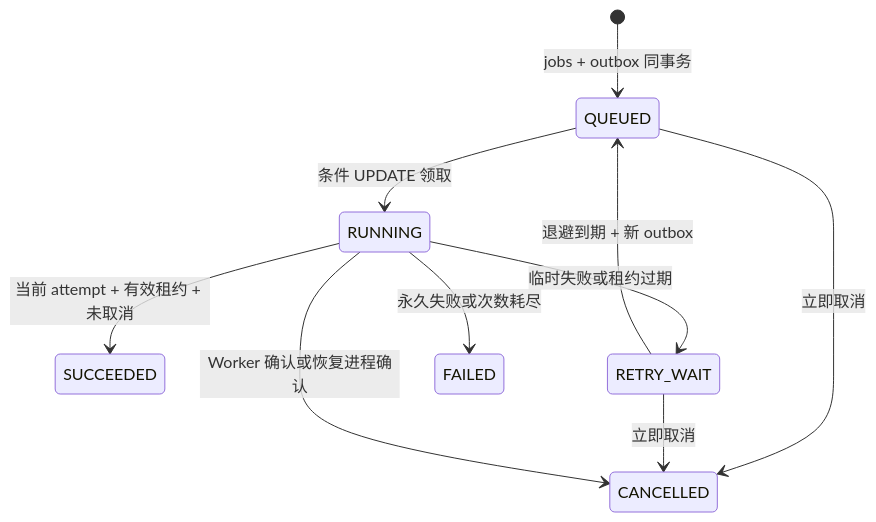
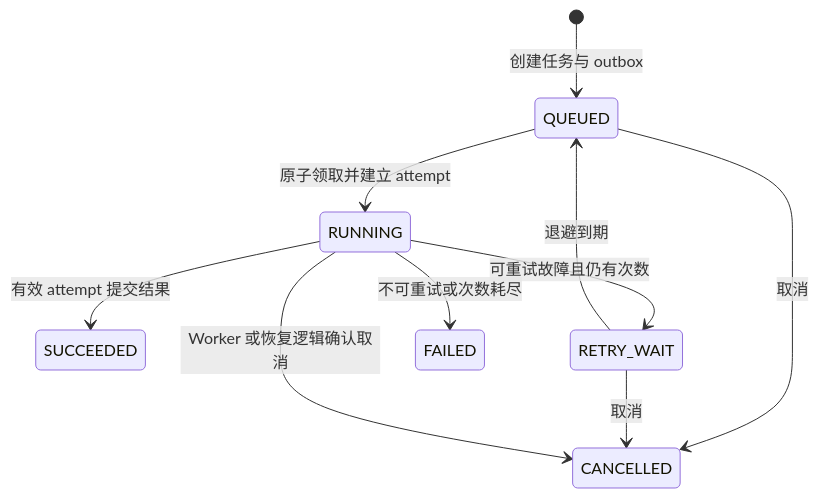
Before and after one commit to duskto/dataflow-jobs: the diagram in docs/architecture.md, drawn with Mermaid. The commit also changed other lines of this file and 2 other files, not shown here.

Commit message:
docs: clarify architecture operations and verification procedures

````diff
--- a/docs/architecture.md
+++ b/docs/architecture.md
@@ -5,12 +46,12 @@
 ```mermaid
 stateDiagram-v2
-    [*] --> QUEUED: jobs + outbox 同事务
-    QUEUED --> RUNNING: 条件 UPDATE 领取
-    RUNNING --> SUCCEEDED: 当前 attempt + 有效租约 + 未取消
-    RUNNING --> RETRY_WAIT: 临时失败或租约过期
-    RETRY_WAIT --> QUEUED: 退避到期 + 新 outbox
-    RUNNING --> FAILED: 永久失败或次数耗尽
-    QUEUED --> CANCELLED: 立即取消
-    RETRY_WAIT --> CANCELLED: 立即取消
-    RUNNING --> CANCELLED: Worker 确认或恢复进程确认
+    [*] --> QUEUED: 创建任务与 outbox
+    QUEUED --> RUNNING: 原子领取并建立 attempt
+    RUNNING --> SUCCEEDED: 有效 attempt 提交结果
+    RUNNING --> RETRY_WAIT: 可重试故障且仍有次数
+    RETRY_WAIT --> QUEUED: 退避到期
+    RUNNING --> FAILED: 不可重试或次数耗尽
+    QUEUED --> CANCELLED: 取消
+    RETRY_WAIT --> CANCELLED: 取消
+    RUNNING --> CANCELLED: Worker 或恢复逻辑确认取消
 ```
````
